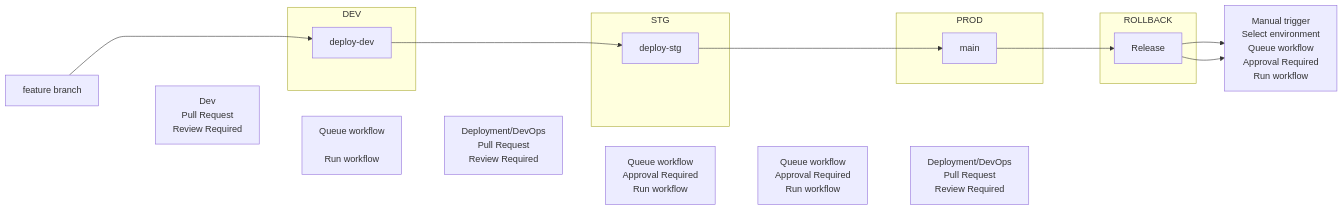
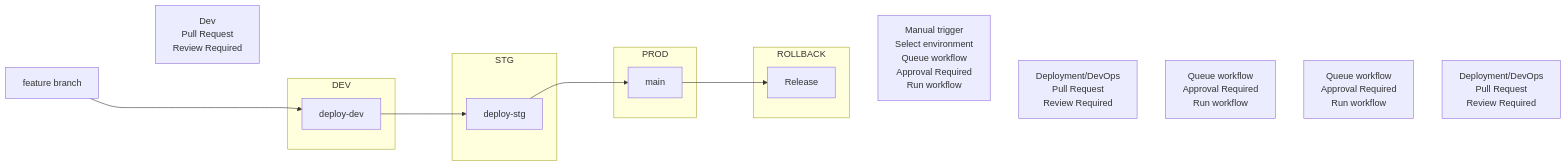
Before and after one commit to fritzramos-gf/Workflows: the diagram in Gates-Workflow.md, drawn with Mermaid.

Commit message:
Modify connection style for manual trigger in workflow
Updated workflow diagram to change the connection style for the manual trigger step.

````diff
--- a/Gates-Workflow.md
+++ b/Gates-Workflow.md
@@ -1,34 +1,32 @@
 ```mermaid
 flowchart LR
     A[feature branch] ----> B
     A ~~~ C["Dev\nPull Request\nReview Required"]
     C ~~~ B
     subgraph DEV
         B[deploy-dev]
     end
      C ~~~ G["Queue workflow
         \nRun workflow"]
 
     B ---> D
     G ~~~ H["Deployment/DevOps\nPull Request\nReview Required"]
     H ~~~ D
     subgraph STG
         D[deploy-stg]
     end
     D ---> E
     H ~~~ I["Queue workflow\nApproval Required\nRun workflow"]
     subgraph PROD
         E[main]
     end
     I ~~~ J["Queue workflow\nApproval Required\nRun workflow"]
     E ---> F
     J ~~~ K["Deployment/DevOps\nPull Request\nReview Required"] 
     subgraph ROLLBACK
         F[Release]
     end
-    F --> L["Manual trigger\nSelect environment\nQueue workflow\nApproval Required\nRun workflow"]
+    F ~~~ G["Manual trigger\nSelect environment\nQueue workflow\nApproval Required\nRun workflow"]
 
-linkStyle 3 stroke-width:0px;F --> L["Manual trigger\nSelect environment\nQueue workflow\nApproval Required\nRun workflow"]
 
-linkStyle 3 stroke-width:0px;
 ```
````
